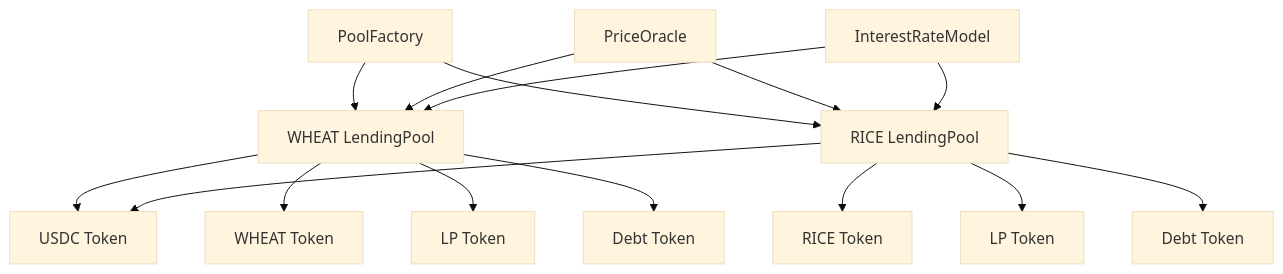
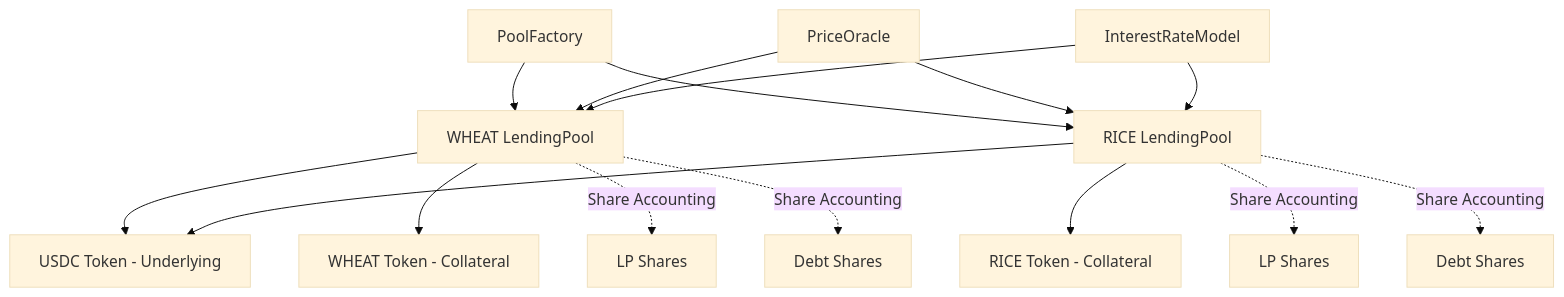
The diagram in README.md (SeyLyra/Hedarvest), drawn with Mermaid (base theme) before and after one commit. The commit also changed other lines of this file and 38 other files, not shown here.

````diff
--- a/README.md
+++ b/README.md
@@ -238,21 +238,23 @@
 ```mermaid
 graph TB
     A[PoolFactory] --> B[WHEAT LendingPool]
     A --> C[RICE LendingPool]
-    
-    B --> D[USDC Token]
-    B --> E[WHEAT Token]
-    B --> F[LP Token]
-    B --> G[Debt Token]
-    
+
+    B --> D[USDC Token - Underlying]
+    B --> E[WHEAT Token - Collateral]
+
     C --> D
-    C --> H[RICE Token]
-    C --> I[LP Token]
-    C --> J[Debt Token]
-    
+    C --> H[RICE Token - Collateral]
+
     K[PriceOracle] --> B
     K --> C
-    
+
     L[InterestRateModel] --> B
     L --> C
+
+    B -.Share Accounting.-> M[LP Shares]
+    B -.Share Accounting.-> N[Debt Shares]
+
+    C -.Share Accounting.-> O[LP Shares]
+    C -.Share Accounting.-> P[Debt Shares]
 ```
````
